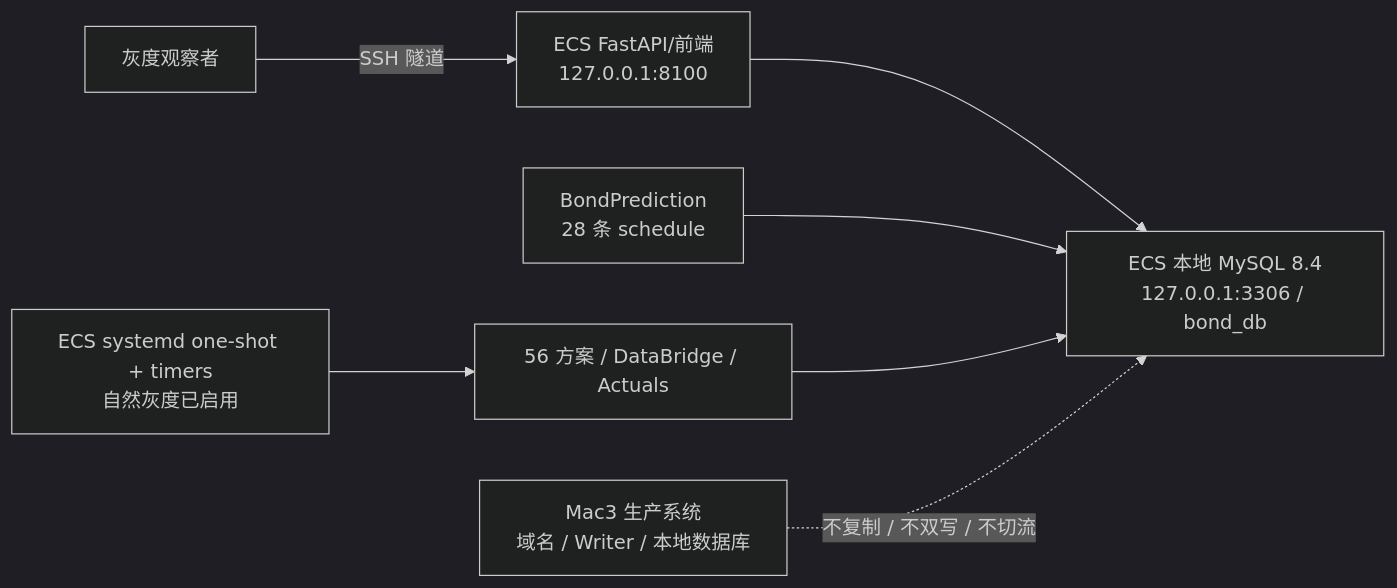
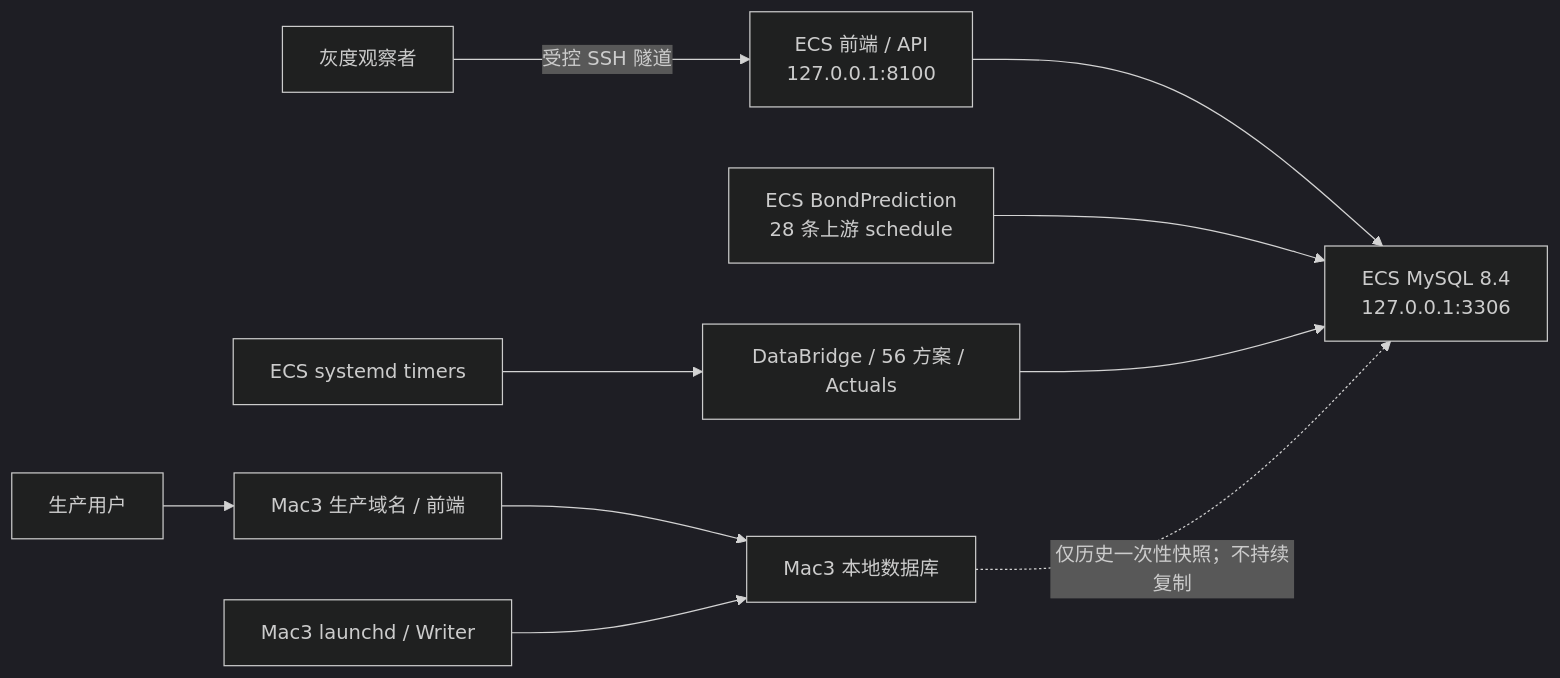
Before and after one commit to lucky1day/finlab-graylab: the diagram in docs/operations/ALIYUN_MIGRATION_ASSESSMENT.md, drawn with Mermaid (dark theme). The commit also changed other lines of this file and 25 other files, not shown here.

````diff
--- a/docs/operations/ALIYUN_MIGRATION_ASSESSMENT.md
+++ b/docs/operations/ALIYUN_MIGRATION_ASSESSMENT.md
@@ -330,10 +31,14 @@
 ```mermaid
 flowchart LR
-    O["灰度观察者"] -->|"SSH 隧道"| A["ECS FastAPI/前端\n127.0.0.1:8100"]
-    A --> DB["ECS 本地 MySQL 8.4\n127.0.0.1:3306 / bond_db"]
-    T["ECS systemd one-shot + timers\n自然灰度已启用"] --> X["56 方案 / DataBridge / Actuals"]
-    B["BondPrediction\n28 条 schedule"] --> DB
-    X --> DB
-    M["Mac3 生产系统\n域名 / Writer / 本地数据库"]
-    M -.->|"不复制 / 不双写 / 不切流"| DB
+    U["生产用户"] --> M["Mac3 生产域名 / 前端"]
+    M --> MDB["Mac3 本地数据库"]
+    MW["Mac3 launchd / Writer"] --> MDB
+
+    O["灰度观察者"] -->|"受控 SSH 隧道"| E["ECS 前端 / API\n127.0.0.1:8100"]
+    E --> EDB["ECS MySQL 8.4\n127.0.0.1:3306"]
+    BP["ECS BondPrediction\n28 条上游 schedule"] --> EDB
+    ST["ECS systemd timers"] --> B["DataBridge / 56 方案 / Actuals"]
+    B --> EDB
+
+    MDB -.->|"仅历史一次性快照；不持续复制"| EDB
 ```
````
